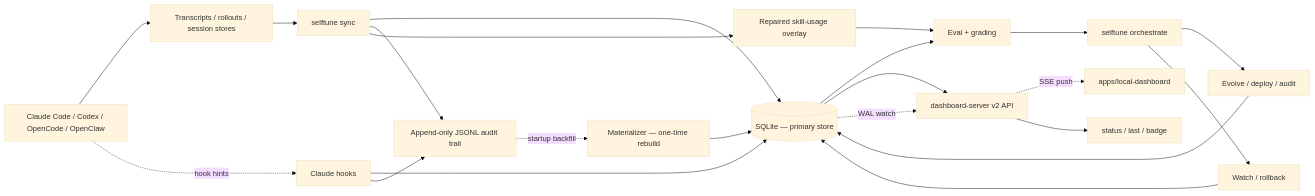
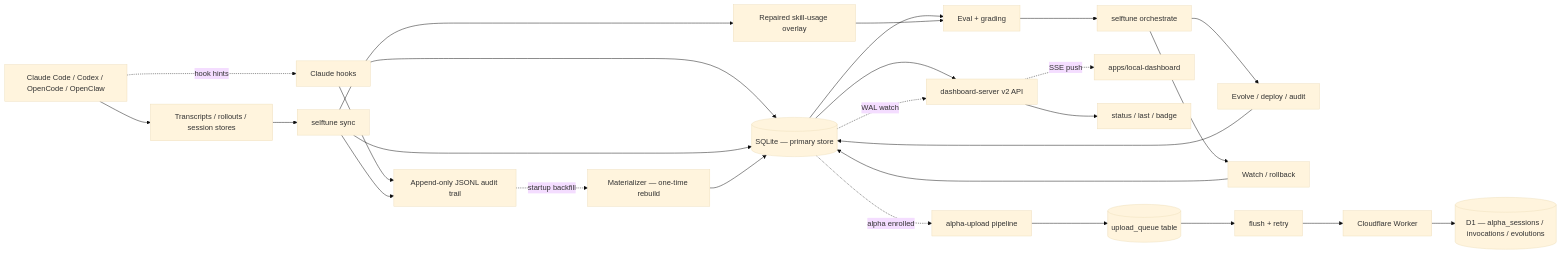
One commit to WellDunDun/selftune changed the first of 5 diagrams in ARCHITECTURE.md. Above: the diagram before and after it, drawn with Mermaid (base theme). The commit also changed other lines of this file and 4 other files, not shown here.

Commit message:
docs: update project tree, architecture, and plan for alpha upload pipeline

````diff
--- a/ARCHITECTURE.md
+++ b/ARCHITECTURE.md
@@ -25,29 +25,35 @@
 ```mermaid
 flowchart LR
   Agent[Claude Code / Codex / OpenCode / OpenClaw] --> Sources[Transcripts / rollouts / session stores]
   Agent -. hook hints .-> Hooks[Claude hooks]
 
   Sources --> Sync[selftune sync]
   Hooks --> SQLite[(SQLite — primary store)]
   Hooks --> Logs[Append-only JSONL audit trail]
   Sync --> SQLite
   Sync --> Logs
   Sync --> Repaired[Repaired skill-usage overlay]
 
   SQLite --> Eval[Eval + grading]
   Repaired --> Eval
   Eval --> Orchestrate[selftune orchestrate]
   Orchestrate --> Evolution[Evolve / deploy / audit]
   Orchestrate --> Monitoring[Watch / rollback]
 
   Evolution --> SQLite
   Monitoring --> SQLite
 
   Logs -. startup backfill .-> Materializer[Materializer — one-time rebuild]
   Materializer --> SQLite
 
   SQLite --> API[dashboard-server v2 API]
   SQLite -. WAL watch .-> API
   API -. SSE push .-> SPA[apps/local-dashboard]
   API --> CLI[status / last / badge]
+
+  SQLite -. alpha enrolled .-> AlphaUpload[alpha-upload pipeline]
+  AlphaUpload --> Queue[(upload_queue table)]
+  Queue --> Flush[flush + retry]
+  Flush --> Worker[Cloudflare Worker]
+  Worker --> D1[(D1 — alpha_sessions / invocations / evolutions)]
 ```
````
